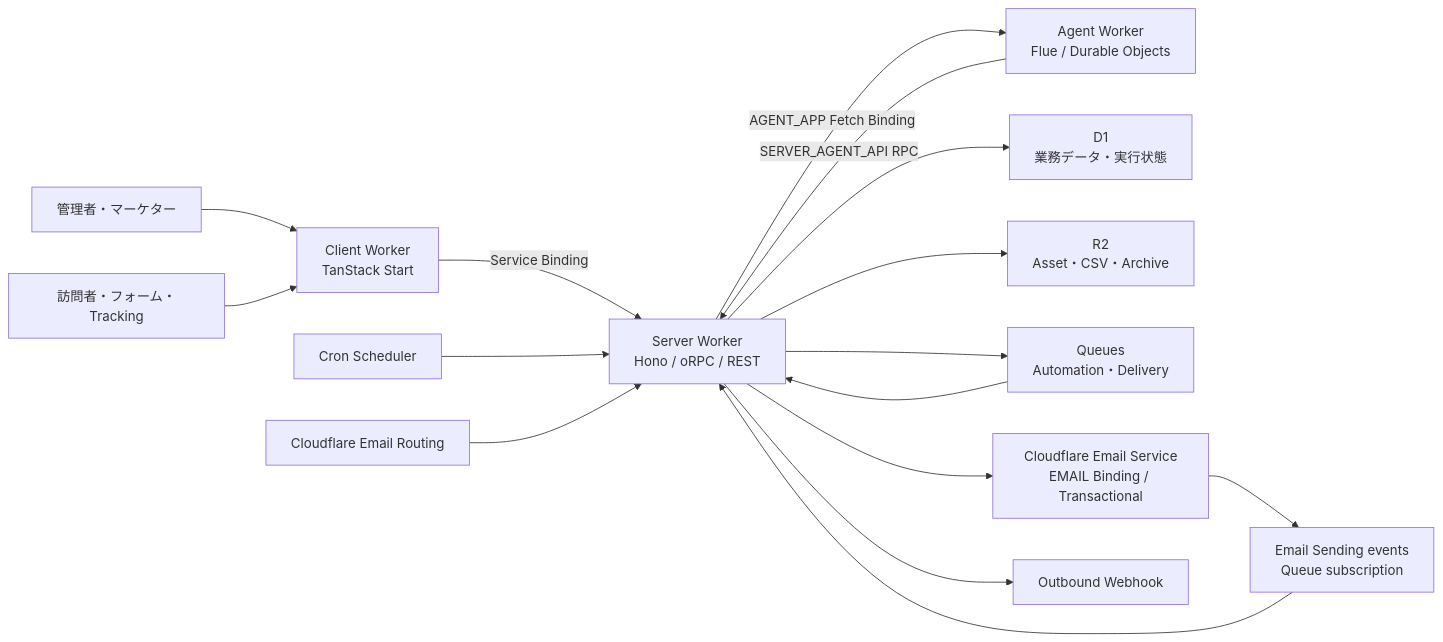
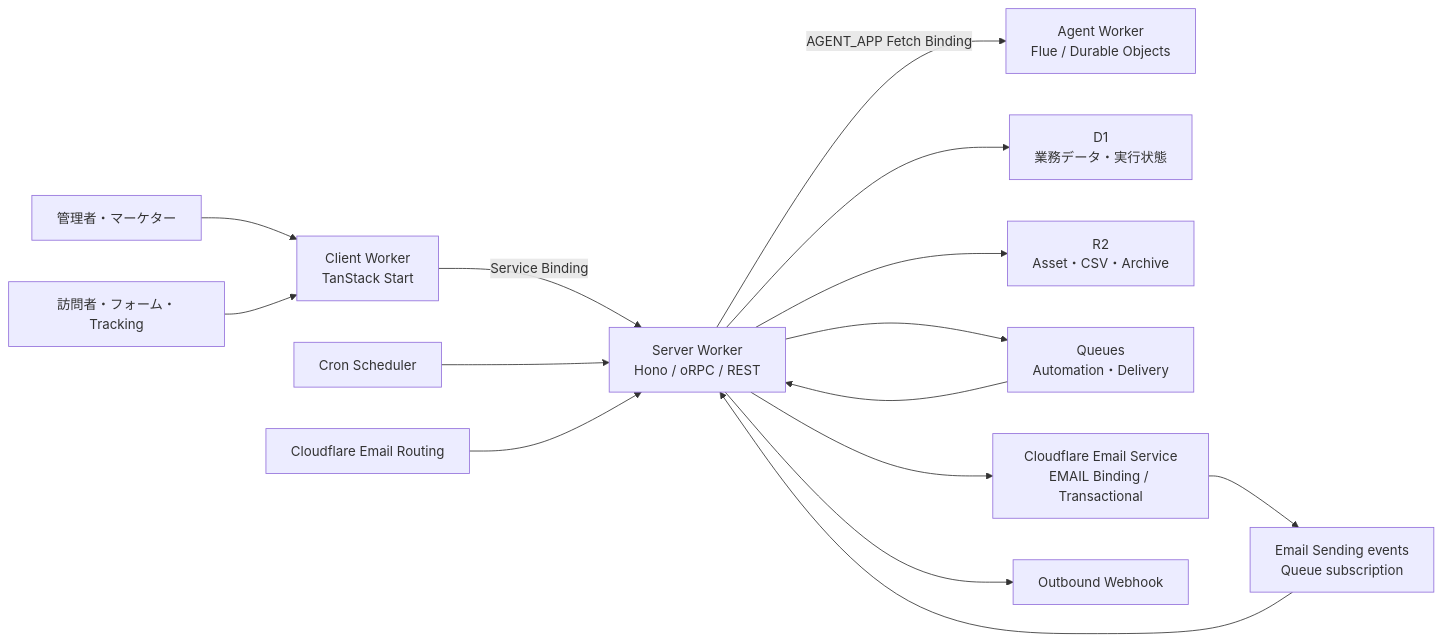
The diagram in README.md (martech-oss/kaen-ma), drawn with Mermaid before and after one commit. The commit also changed other lines of this file and 266 other files, not shown here.

````diff
--- a/README.md
+++ b/README.md
@@ -41,18 +41,17 @@
 ```mermaid
 flowchart LR
     A["管理者・マーケター"] --> C["Client Worker<br>TanStack Start"]
     V["訪問者・フォーム・Tracking"] --> C
     C -->|"Service Binding"| S["Server Worker<br>Hono / oRPC / REST"]
     S -->|"AGENT_APP Fetch Binding"| AG["Agent Worker<br>Flue / Durable Objects"]
-    AG -->|"SERVER_AGENT_API RPC"| S
     CR["Cron Scheduler"] --> S
     S --> D["D1<br>業務データ・実行状態"]
     S --> R["R2<br>Asset・CSV・Archive"]
     S --> Q["Queues<br>Automation・Delivery"]
     Q --> S
     S --> ES["Cloudflare Email Service<br>EMAIL Binding / Transactional"]
     ES --> EQ["Email Sending events<br>Queue subscription"]
     EQ --> S
     S --> WH["Outbound Webhook"]
     ER["Cloudflare Email Routing"] --> S
 ```
````
